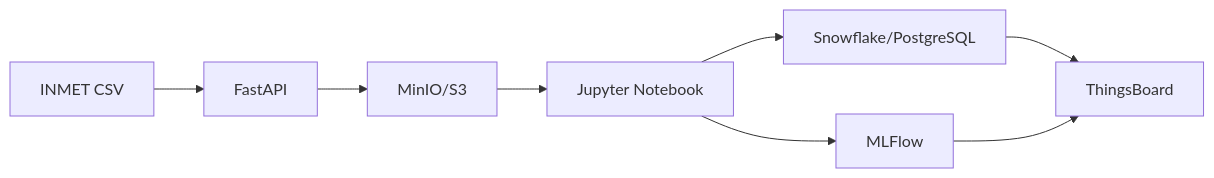
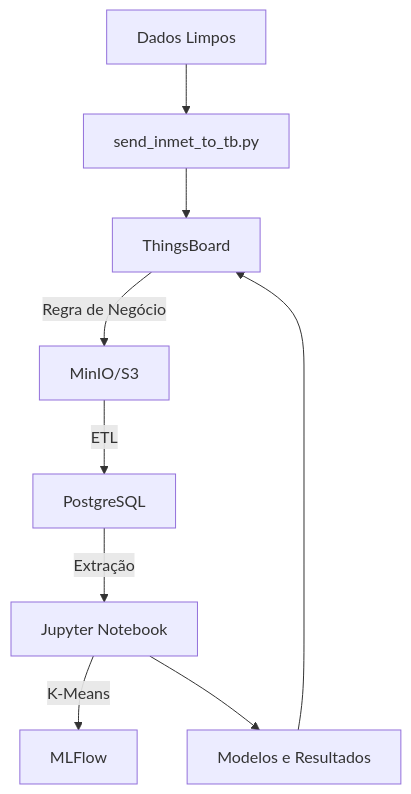
One commit to aguiarth/AVD-projeto changed the diagram in README.md. Above: the diagram before and after it, drawn with Mermaid. The commit also changed other lines of this file, not shown here.

````diff
--- a/README.md
+++ b/README.md
@@ -85,10 +84,11 @@
 ```mermaid
-graph LR
-    A[INMET CSV] --> B[FastAPI]
-    B --> C[MinIO/S3]
-    C --> D[Jupyter Notebook]
-    D --> E[Snowflake/PostgreSQL]
-    D --> F[MLFlow]
-    E --> G[ThingsBoard]
-    F --> G
+graph TD
+    A[Dados Limpos] --> B[send_inmet_to_tb.py]
+    B --> C[ThingsBoard]
+    C -->|Regra de Negócio| D[MinIO/S3]
+    D -->|ETL| E[PostgreSQL]
+    E -->|Extração| F[Jupyter Notebook]
+    F -->|K-Means| G[MLFlow]
+    F --> H[Modelos e Resultados]
+    H --> C
 ```
````
